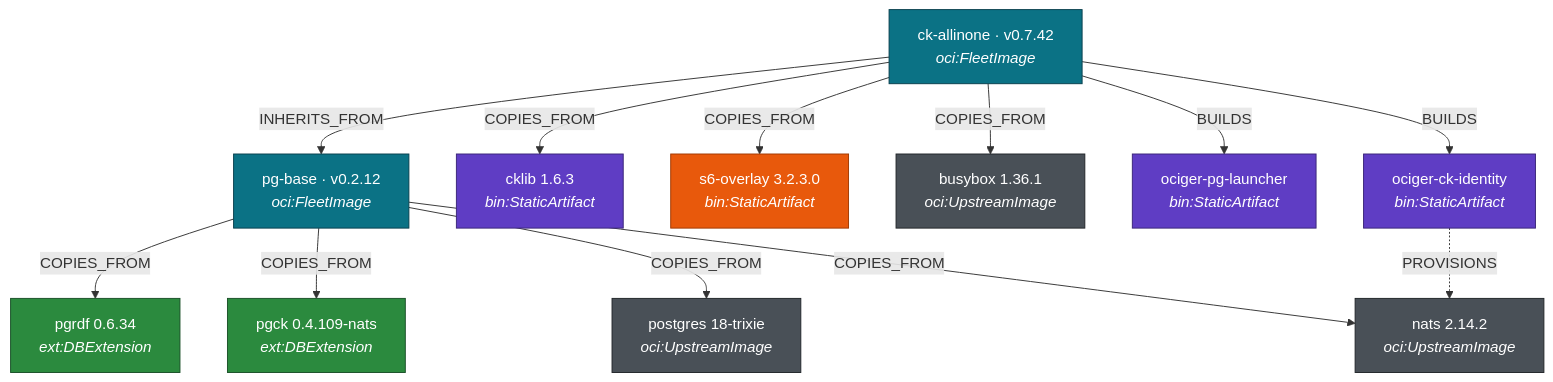
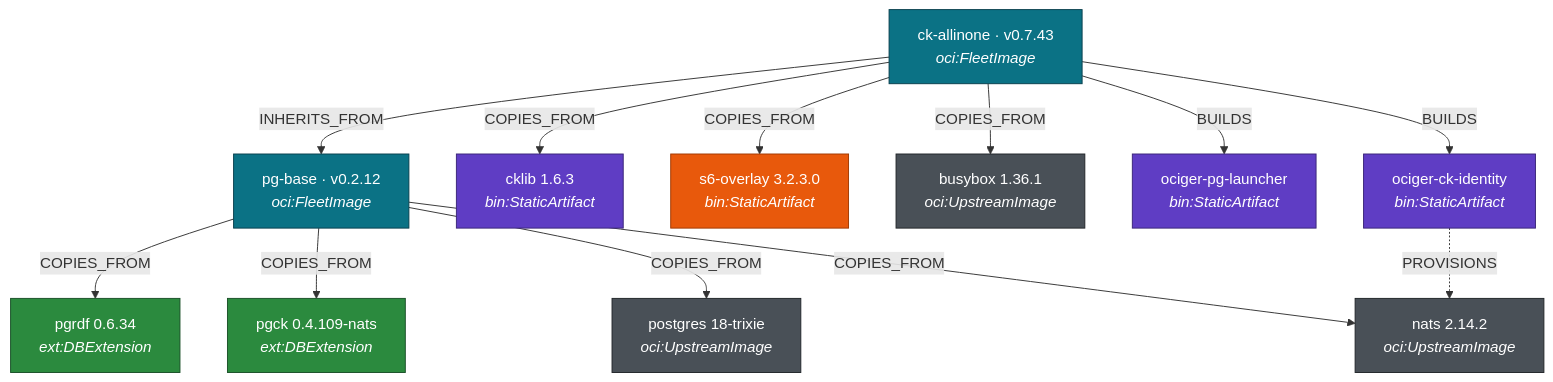
One commit to sporaxis-com/oci-germination changed the diagram in README.md. Above: the diagram before and after it, drawn with Mermaid. The commit also changed other lines of this file and 9 other files, not shown here.

````diff
--- a/README.md
+++ b/README.md
@@ -102,32 +102,32 @@
 ```mermaid
 graph TD
-  ck["ck-allinone · v0.7.42<br/><i>oci:FleetImage</i>"]:::fleet
+  ck["ck-allinone · v0.7.43<br/><i>oci:FleetImage</i>"]:::fleet
   base["pg-base · v0.2.12<br/><i>oci:FleetImage</i>"]:::fleet
   pgrdf["pgrdf 0.6.34<br/><i>ext:DBExtension</i>"]:::ext
   pgck["pgck 0.4.109-nats<br/><i>ext:DBExtension</i>"]:::ext
   cklib["cklib 1.6.3<br/><i>bin:StaticArtifact</i>"]:::art
   s6["s6-overlay 3.2.3.0<br/><i>bin:StaticArtifact</i>"]:::warn
   bb["busybox 1.36.1<br/><i>oci:UpstreamImage</i>"]:::up
   pg["postgres 18-trixie<br/><i>oci:UpstreamImage</i>"]:::up
   nats["nats 2.14.2<br/><i>oci:UpstreamImage</i>"]:::up
   launcher["ociger-pg-launcher<br/><i>bin:StaticArtifact</i>"]:::art
   ident["ociger-ck-identity<br/><i>bin:StaticArtifact</i>"]:::art
 
   base -->|COPIES_FROM| pgrdf
   base -->|COPIES_FROM| pgck
   base -->|COPIES_FROM| pg
   base -->|COPIES_FROM| nats
   ck -->|INHERITS_FROM| base
   ck -->|COPIES_FROM| cklib
   ck -->|COPIES_FROM| bb
   ck -->|COPIES_FROM| s6
   ck -->|BUILDS| launcher
   ck -->|BUILDS| ident
   ident -.->|PROVISIONS| nats
 
   classDef fleet fill:#0b7285,stroke:#083f4d,color:#fff;
   classDef ext fill:#2b8a3e,stroke:#1a5028,color:#fff;
   classDef art fill:#5f3dc4,stroke:#3a2578,color:#fff;
   classDef up fill:#495057,stroke:#212529,color:#fff;
   classDef warn fill:#e8590c,stroke:#a03800,color:#fff;
 ```
````
